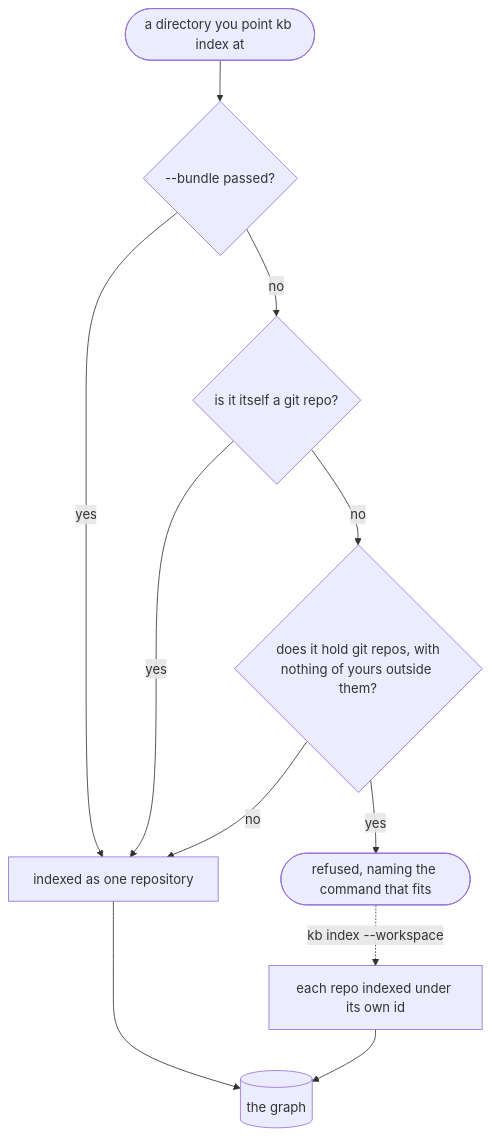
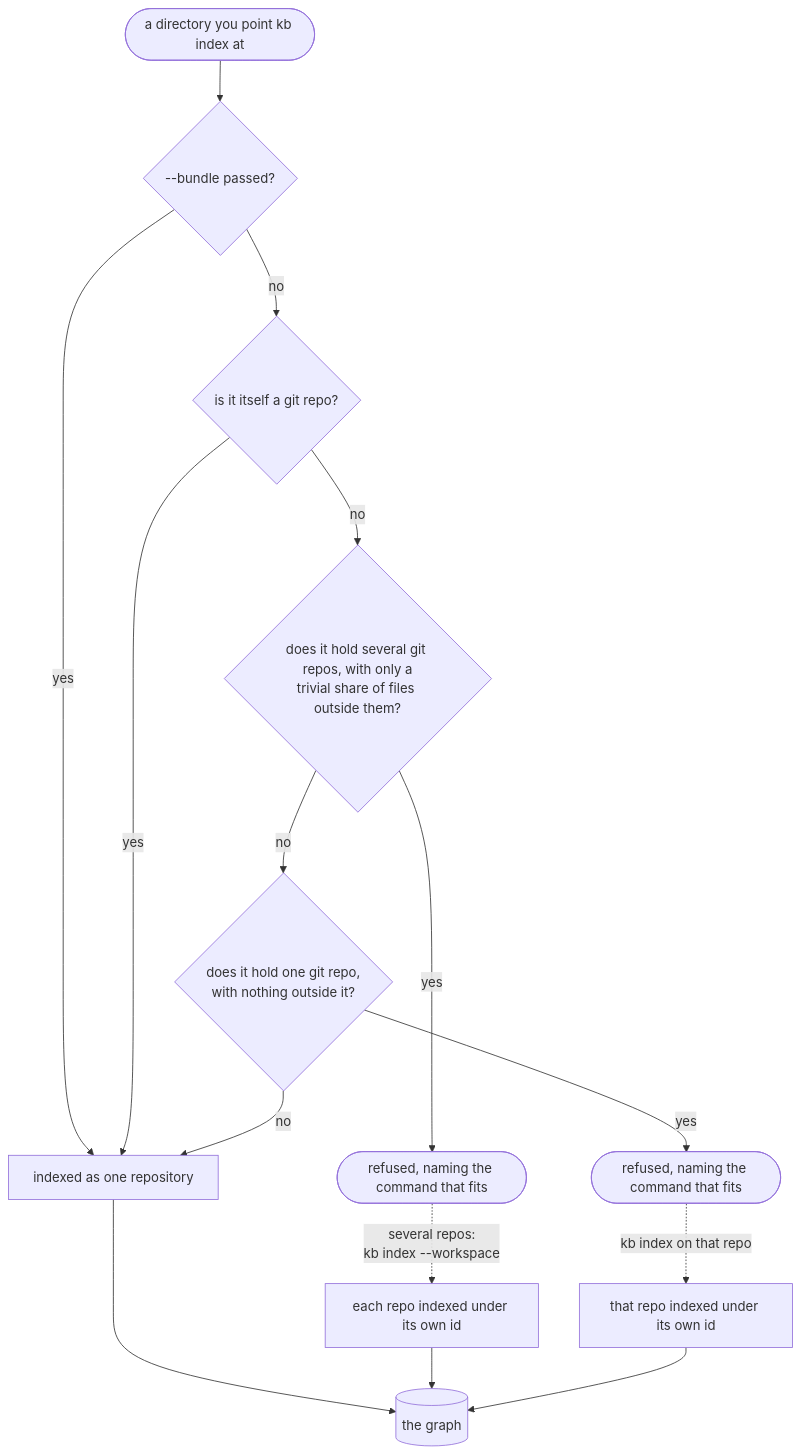
One commit to sayak-sarkar/contextlake changed the diagram in docs/indexing-the-code-graph.md. Above: the diagram before and after it, drawn with Mermaid. The commit also changed other lines of this file and 11 other files, not shown here.

First line of the commit message:
docs(site): correct 22 claims and diagrams on 12 docs pages

````diff
--- a/docs/indexing-the-code-graph.md
+++ b/docs/indexing-the-code-graph.md
@@ -33,13 +33,17 @@
 ```mermaid
 flowchart TD
   D(["a directory you point kb index at"]) --> B{"--bundle passed?"}
   B -->|yes| ONE["indexed as one repository"]
   B -->|no| G{"is it itself a git repo?"}
   G -->|yes| ONE
-  G -->|no| S{"does it hold git repos, with<br/>nothing of yours outside them?"}
-  S -->|no| ONE
+  G -->|no| S{"does it hold several git repos, with only a<br/>trivial share of files outside them?"}
   S -->|yes| R(["refused, naming the command that fits"])
-  R -.->|"kb index --workspace"| EACH["each repo indexed under its own id"]
+  S -->|no| O{"does it hold one git repo,<br/>with nothing outside it?"}
+  O -->|yes| R2(["refused, naming the command that fits"])
+  O -->|no| ONE
+  R -.->|"several repos:<br/>kb index --workspace"| EACH["each repo indexed under its own id"]
+  R2 -.->|"kb index on that repo"| SOLO["that repo indexed under its own id"]
   ONE --> GR[("the graph")]
   EACH --> GR
+  SOLO --> GR
 ```
````
